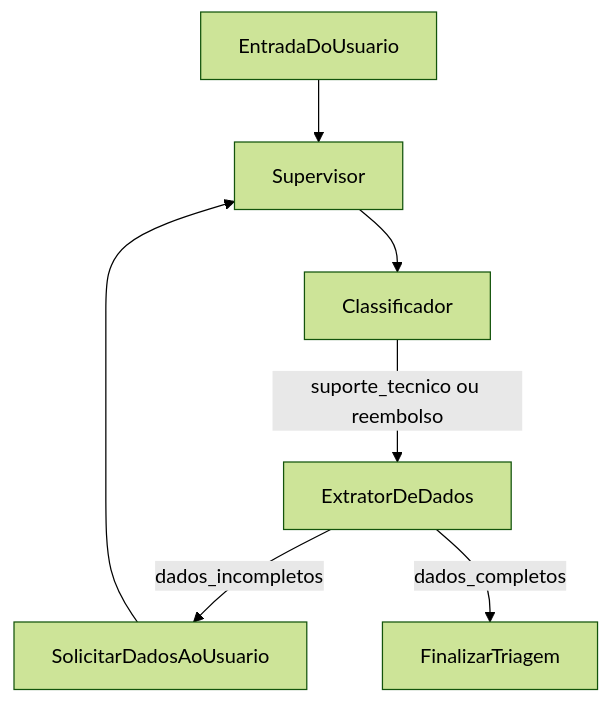
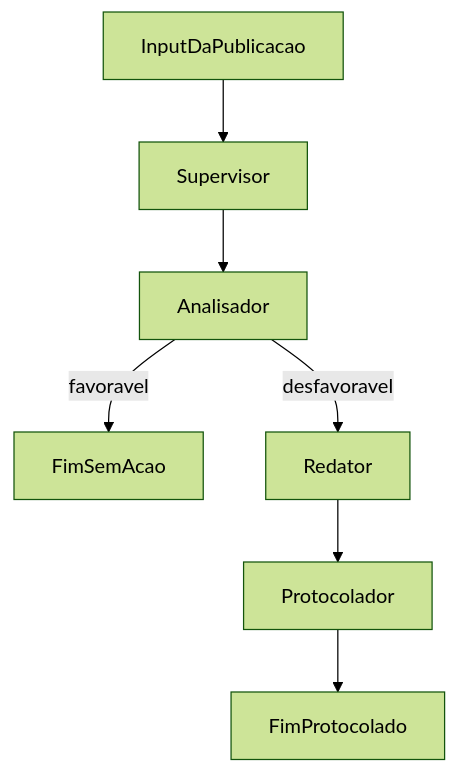
Before and after one commit to dantonissler/ai-multi-agent-orchestrator: the diagram in README.md, drawn with Mermaid (forest theme). The commit also changed other lines of this file and 15 other files, not shown here.

````diff
--- a/README.md
+++ b/README.md
@@ -23,9 +34,9 @@
 ```mermaid
 flowchart TD
-    UserInput[EntradaDoUsuario] --> Supervisor
-    Supervisor --> Classifier[Classificador]
-    Classifier -->|"suporte_tecnico ou reembolso"| Extractor[ExtratorDeDados]
-    Extractor -->|"dados_incompletos"| UserLoop[SolicitarDadosAoUsuario]
-    UserLoop --> Supervisor
-    Extractor -->|"dados_completos"| Finalize[FinalizarTriagem]
+    PublicationInput[InputDaPublicacao] --> Supervisor
+    Supervisor --> Analyzer[Analisador]
+    Analyzer -->|"favoravel"| EndFavoravel[FimSemAcao]
+    Analyzer -->|"desfavoravel"| Drafter[Redator]
+    Drafter --> Filer[Protocolador]
+    Filer --> EndProtocolo[FimProtocolado]
 ```
````
